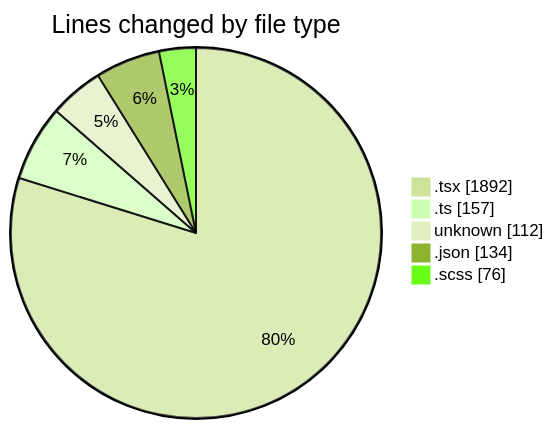
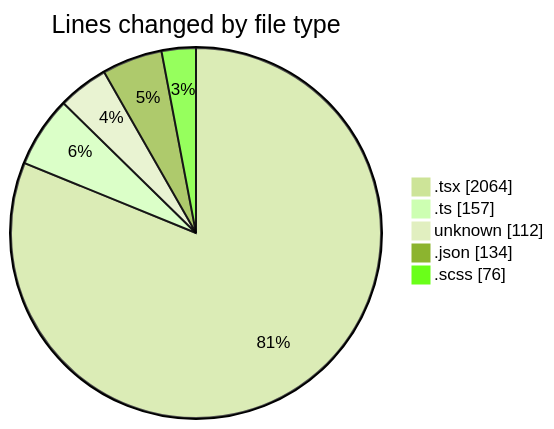
One commit to momahboobian/code-tracking changed the first of 2 diagrams in 2026-04-28/cda/README.md. Above: the diagram before and after it, drawn with Mermaid (forest theme). The commit also changed other lines of this file and 1 other file, not shown here.

````diff
--- a/2026-04-28/cda/README.md
+++ b/2026-04-28/cda/README.md
@@ -44,9 +45,9 @@
 ```mermaid
 pie showData
 title Lines changed by file type
-".tsx" : 1892
+".tsx" : 2064
 ".ts" : 157
 "unknown" : 112
 ".json" : 134
 ".scss" : 76
 ```
````
